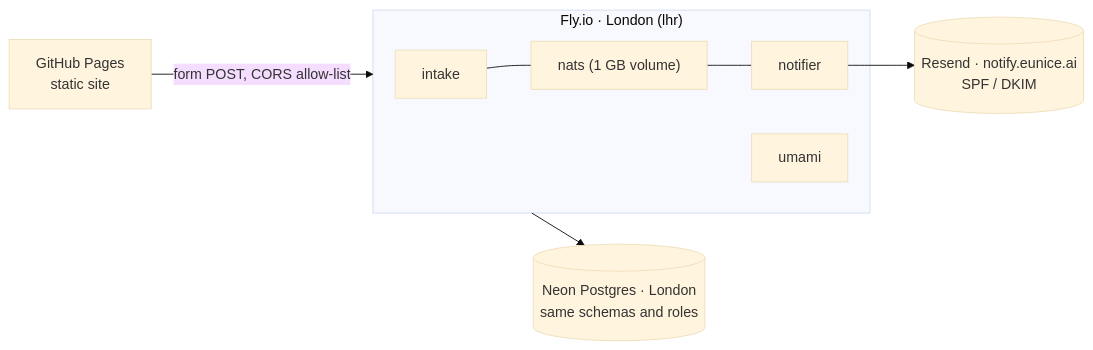
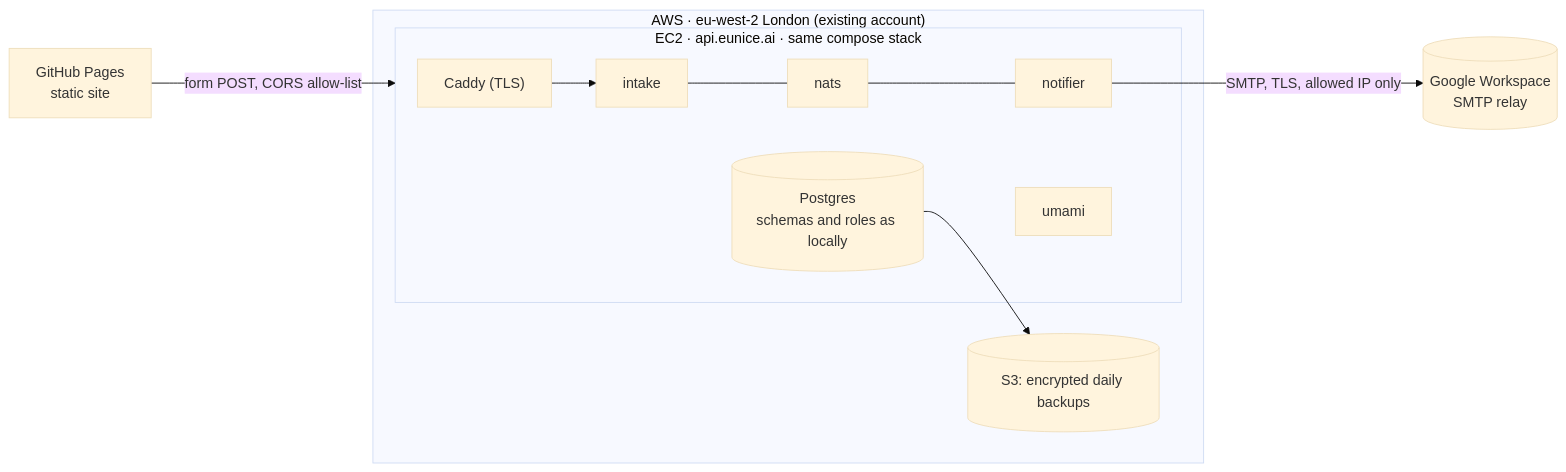
Before and after one commit to angritsay/eunice-site: the fourth of 4 diagrams in docs/architecture/overview.md, drawn with Mermaid (base theme). The commit also changed other lines of this file and 22 other files, not shown here.

First line of the commit message:
P5a · Email over SMTP to Google Workspace: no new vendor for go-live (#18)

````diff
--- a/docs/architecture/overview.md
+++ b/docs/architecture/overview.md
@@ -133,10 +133,15 @@
 ```mermaid
 flowchart LR
-  pages["GitHub Pages<br/>static site"] -- "form POST, CORS allow-list" --> fly
-  subgraph fly["Fly.io · London (lhr)"]
-    fi["intake"] --- fn["nats (1 GB volume)"] --- fno["notifier"]
-    fu["umami"]
+  pages["GitHub Pages<br/>static site"] -- "form POST, CORS allow-list" --> ec2
+  subgraph aws["AWS · eu-west-2 London (existing account)"]
+    subgraph ec2["EC2 · api.eunice.ai · same compose stack"]
+      caddy["Caddy (TLS)"] --> fi["intake"]
+      fi --- fn["nats"] --- fno["notifier"]
+      fu["umami"]
+      pg[("Postgres<br/>schemas and roles as locally")]
+    end
+    s3[("S3: encrypted daily backups")]
   end
-  fly --> neon[("Neon Postgres · London<br/>same schemas and roles")]
-  fno --> resend[("Resend · notify.eunice.ai<br/>SPF / DKIM")]
+  pg --> s3
+  fno -- "SMTP, TLS, allowed IP only" --> gw[("Google Workspace<br/>SMTP relay")]
 ```
````
